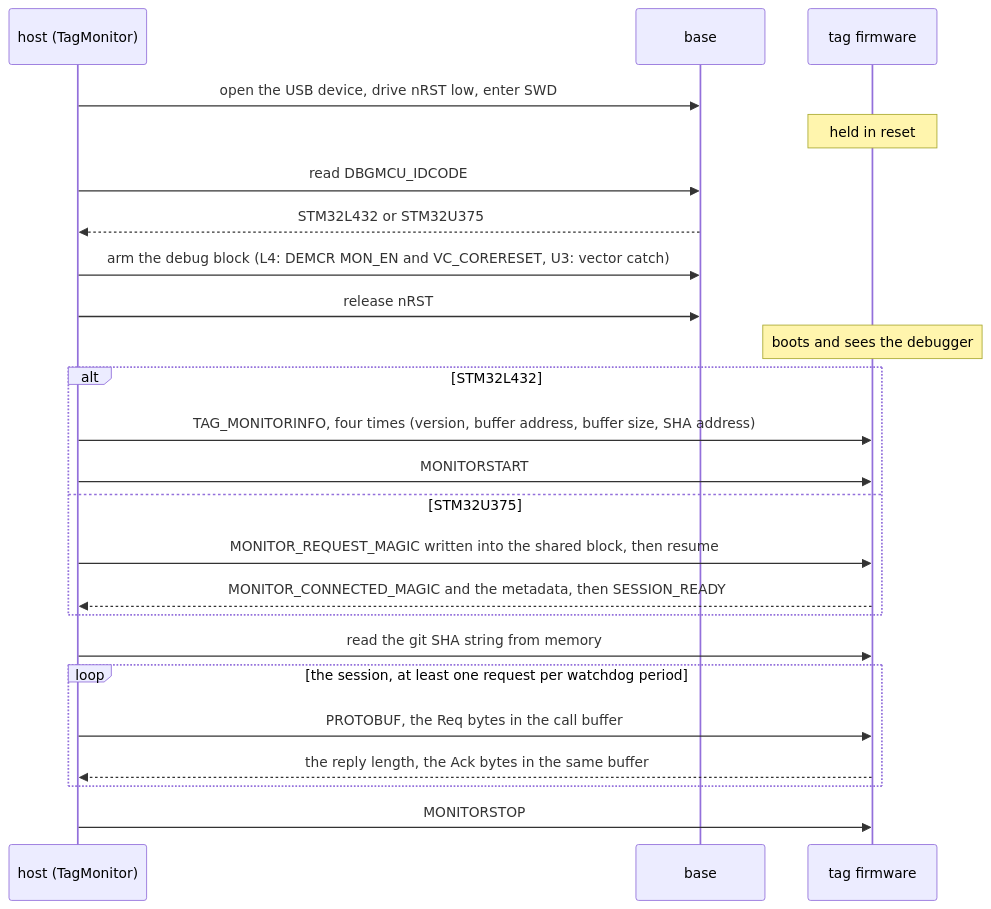
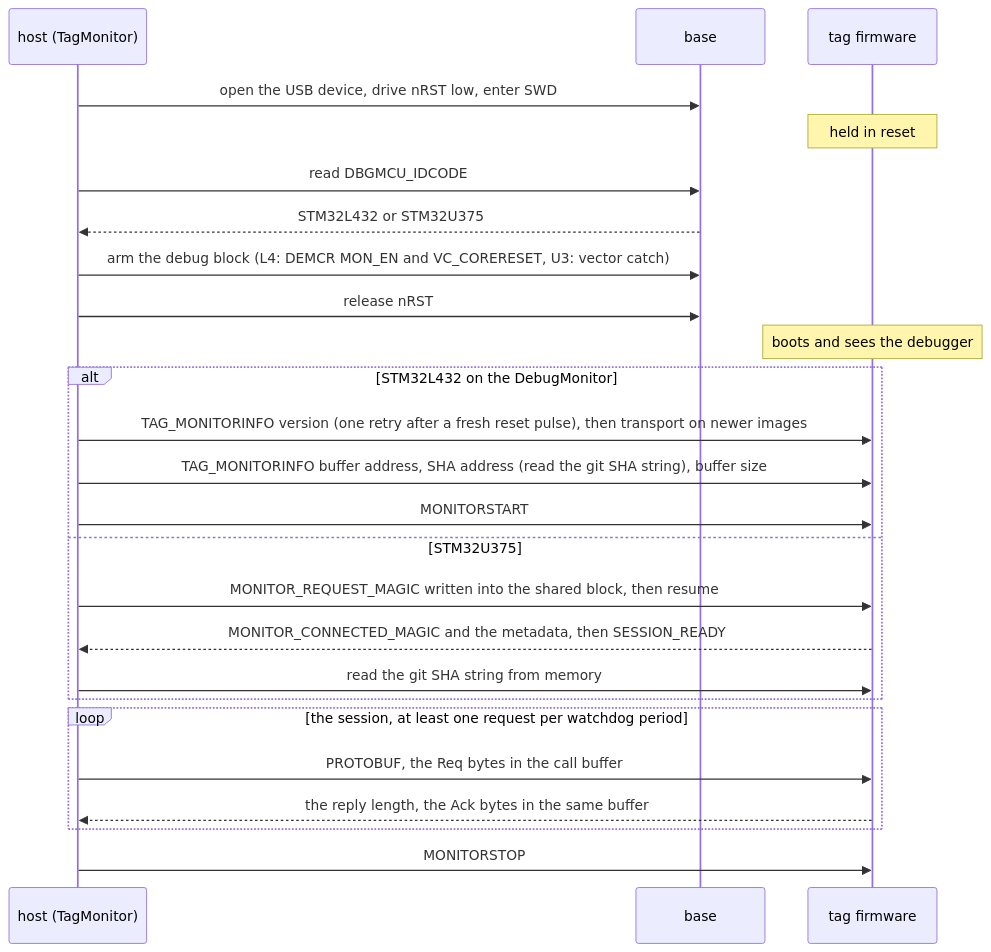
One commit to tag-designs/software changed the second of 2 diagrams in host/design/guide/03-communication-model.md. Above: the diagram before and after it, drawn with Mermaid. The commit also changed other lines of this file and 49 other files, not shown here.

````diff
--- a/host/design/guide/03-communication-model.md
+++ b/host/design/guide/03-communication-model.md
@@ -119,26 +124,27 @@
 ```mermaid
 sequenceDiagram
   participant H as host (TagMonitor)
   participant B as base
   participant T as tag firmware
   H->>B: open the USB device, drive nRST low, enter SWD
   Note over T: held in reset
   H->>B: read DBGMCU_IDCODE
   B-->>H: STM32L432 or STM32U375
   H->>B: arm the debug block (L4: DEMCR MON_EN and VC_CORERESET, U3: vector catch)
   H->>B: release nRST
   Note over T: boots and sees the debugger
-  alt STM32L432
-    H->>T: TAG_MONITORINFO, four times (version, buffer address, buffer size, SHA address)
+  alt STM32L432 on the DebugMonitor
+    H->>T: TAG_MONITORINFO version (one retry after a fresh reset pulse), then transport on newer images
+    H->>T: TAG_MONITORINFO buffer address, SHA address (read the git SHA string), buffer size
     H->>T: MONITORSTART
   else STM32U375
     H->>T: MONITOR_REQUEST_MAGIC written into the shared block, then resume
     T-->>H: MONITOR_CONNECTED_MAGIC and the metadata, then SESSION_READY
+    H->>T: read the git SHA string from memory
   end
-  H->>T: read the git SHA string from memory
   loop the session, at least one request per watchdog period
     H->>T: PROTOBUF, the Req bytes in the call buffer
     T-->>H: the reply length, the Ack bytes in the same buffer
   end
   H->>T: MONITORSTOP
 ```
````
